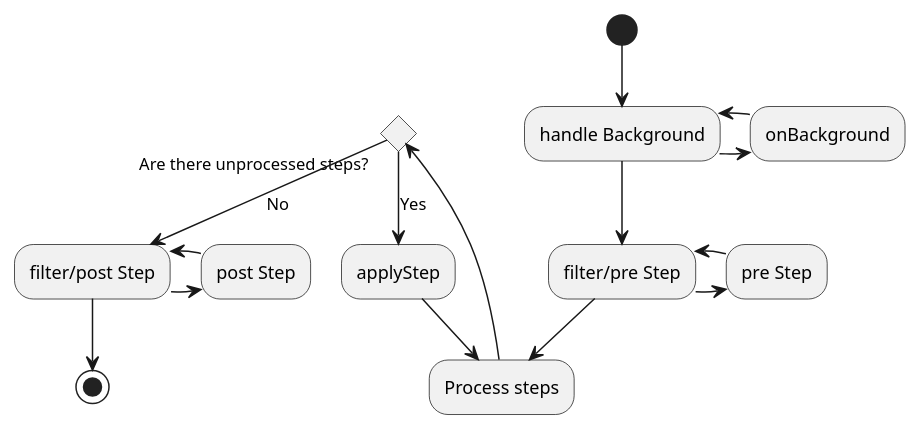
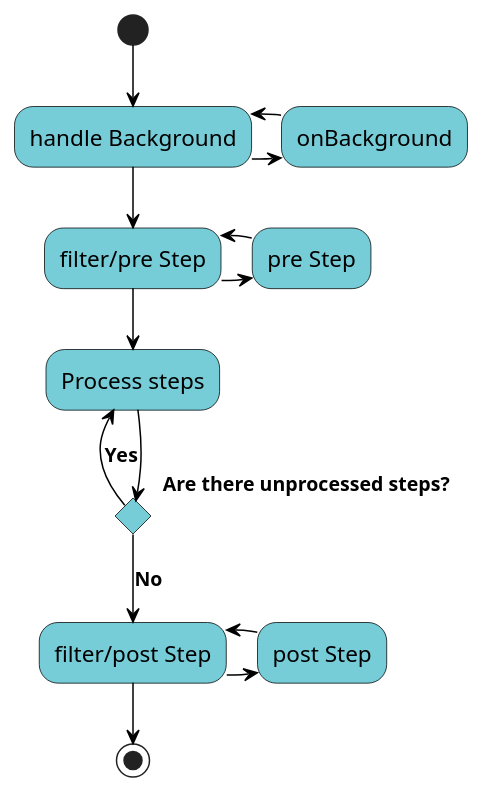
Before and after one commit to gherking/gherking-docs: the diagram in src/data/background.puml, drawn with PlantUML. The commit also changed 11 other files, not shown here.

Commit message:
plantuml visualization of the precompiler

```diff
--- a/src/data/background.puml
+++ b/src/data/background.puml
@@ -1,17 +1,26 @@
 @startuml
+skinparam activity {
+BackgroundColor #76CDD8
+ArrowColor black
+ArrowFontSize 13
+ArrowFontStyle bold
+ArrowFontName Segoe UI
+BorderColor black
+FontName Segoe UI
+FontSize 15
+}
 (*) --> "handle Background"
 -right-> "onBackground"
 -left-> "handle Background"
 --> "filter/pre Step"
 -right-> "pre Step"
 -left-> "filter/pre Step"
 --> "Process steps"
 If "Are there unprocessed steps?"
---> [Yes] "applyStep"
---> "Process steps"
+-left-> [Yes] "Process steps"
 else
 --> [No] "filter/post Step"
 -right-> "post Step"
 -left-> "filter/post Step"
 --> (*)
 @enduml
```
